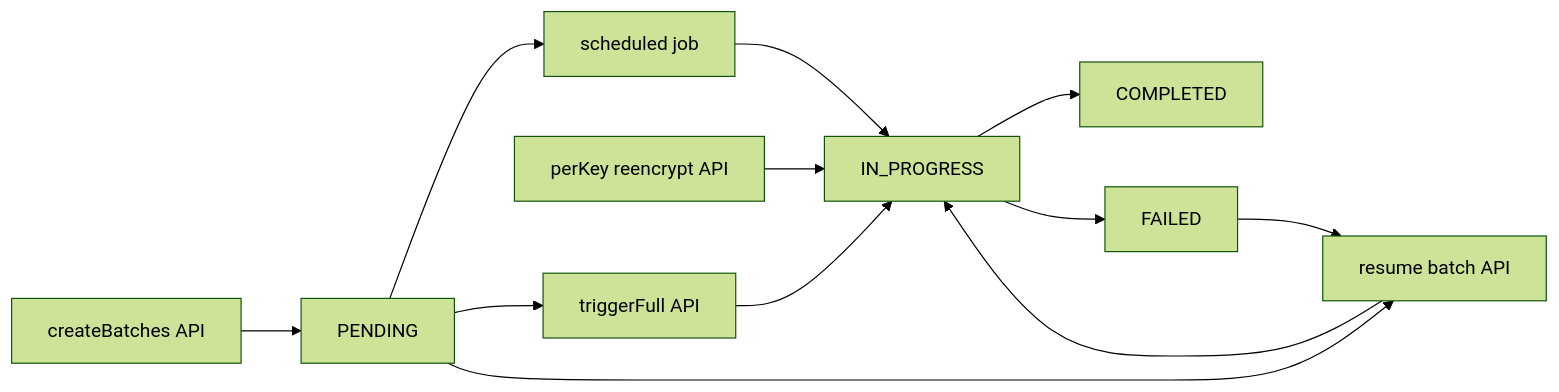
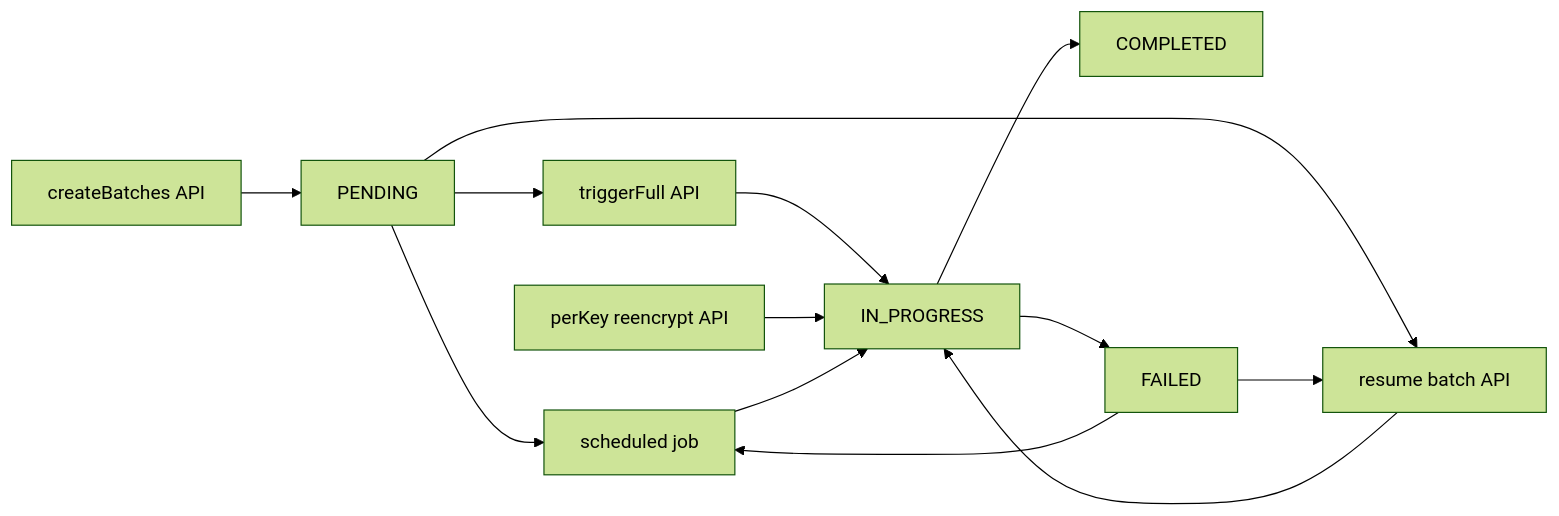
The diagram in docs/REENCRYPTION_OPERATIONS.md (mgagp/ezkey), drawn with Mermaid (forest theme) before and after one commit. The commit also changed other lines of this file and 28 other files, not shown here.

````diff
--- a/docs/REENCRYPTION_OPERATIONS.md
+++ b/docs/REENCRYPTION_OPERATIONS.md
@@ -126,24 +140,25 @@
 ```mermaid
 flowchart LR
   createBatches["createBatches API"]
   triggerFull["triggerFull API"]
   perKey["perKey reencrypt API"]
   resume["resume batch API"]
   scheduler["scheduled job"]
   pending["PENDING"]
   processing["IN_PROGRESS"]
   done["COMPLETED"]
   failed["FAILED"]
 
   createBatches --> pending
   pending --> scheduler
   pending --> triggerFull
   pending --> resume
   triggerFull --> processing
   resume --> processing
   perKey --> processing
   scheduler --> processing
   processing --> done
   processing --> failed
   failed --> resume
+  failed --> scheduler
 ```
````
